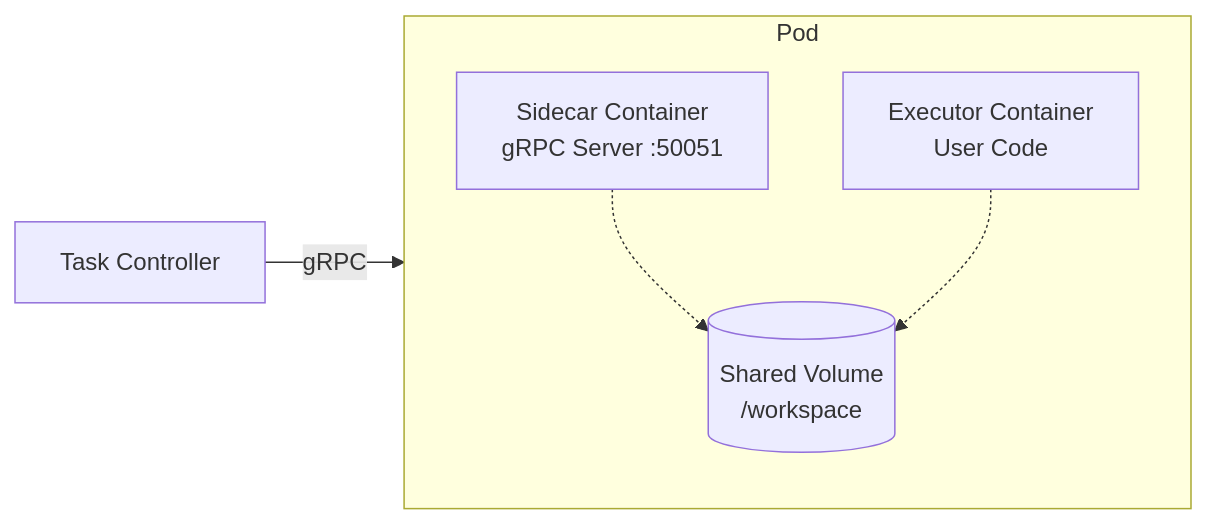
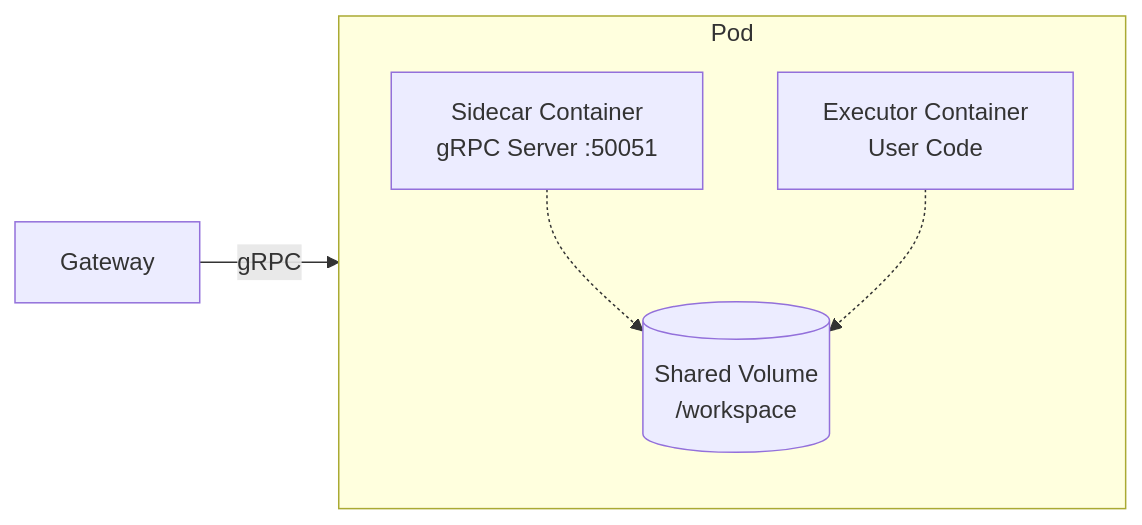
The second of 4 diagrams in docs/developer-guide/architecture.md (Lincyaw/agent-env), drawn with Mermaid before and after one commit. The commit also changed other lines of this file and 258 other files, not shown here.

````diff
--- a/docs/developer-guide/architecture.md
+++ b/docs/developer-guide/architecture.md
@@ -110,14 +99,14 @@
 ```mermaid
 graph LR
     subgraph "Pod"
         direction TB
         Sidecar[Sidecar Container<br/>gRPC Server :50051]
         Executor[Executor Container<br/>User Code]
         Volume[(Shared Volume<br/>/workspace)]
-        
+
         Sidecar -.-> Volume
         Executor -.-> Volume
     end
-    
-    TaskCtrl[Task Controller] --> |gRPC| Sidecar
+
+    Gateway[Gateway] --> |gRPC| Sidecar
 ```
````
